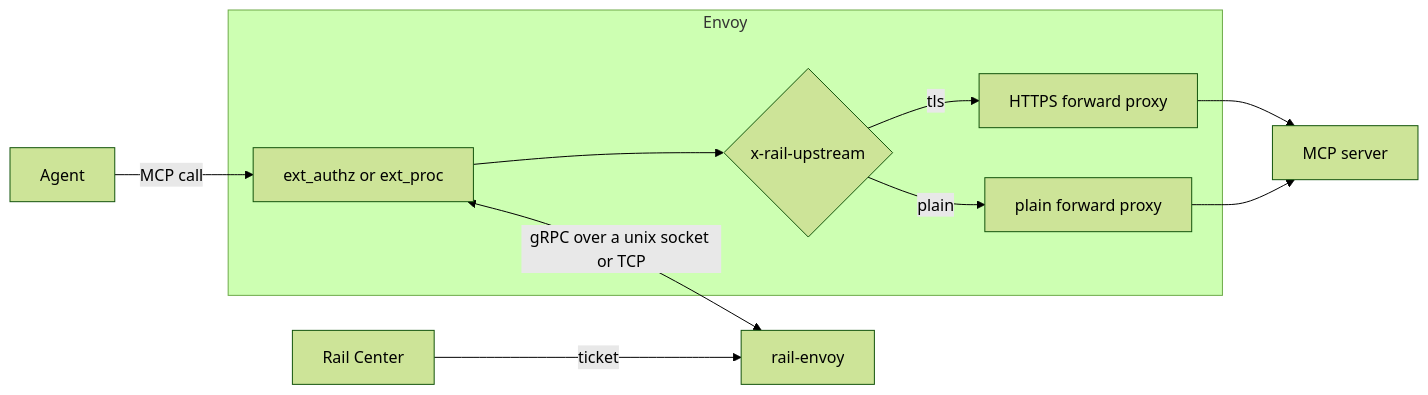
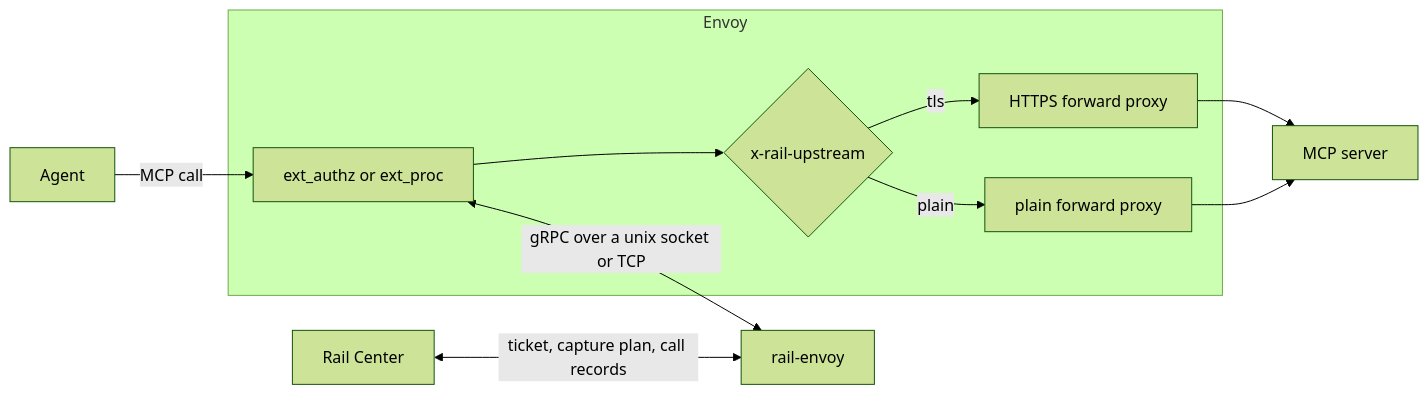
One commit to datrail/railguard changed the first of 2 diagrams in crates/rail-envoy/README.md. Above: the diagram before and after it, drawn with Mermaid (forest theme). The commit also changed other lines of this file and 27 other files, not shown here.

````diff
--- a/crates/rail-envoy/README.md
+++ b/crates/rail-envoy/README.md
@@ -13,13 +13,13 @@
 ```mermaid
 flowchart LR
   agent[Agent] -->|MCP call| filter
   subgraph envoy[Envoy]
     filter[ext_authz or ext_proc] --> route{x-rail-upstream}
     route -->|tls| tls[HTTPS forward proxy]
     route -->|plain| plain[plain forward proxy]
   end
   filter <-->|gRPC over a unix socket or TCP| ext[rail-envoy]
   tls --> server[MCP server]
   plain --> server
-  center[Rail Center] -->|ticket| ext
+  center[Rail Center] <-->|ticket, capture plan, call records| ext
 ```
````
